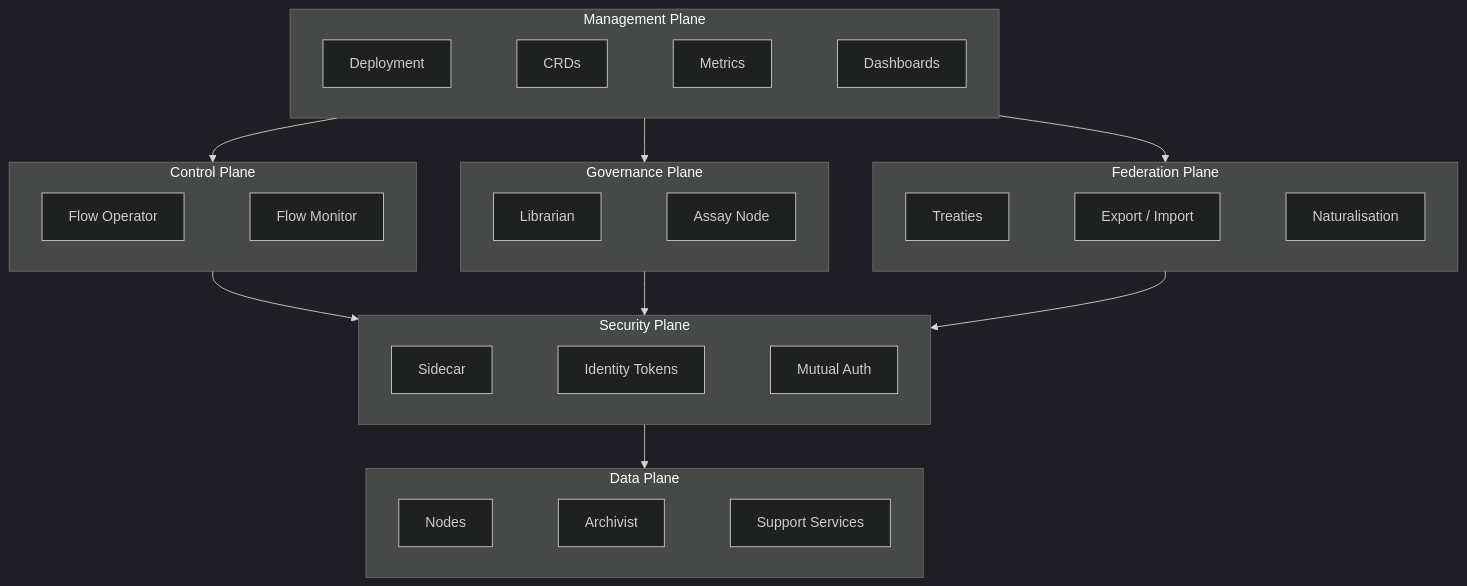
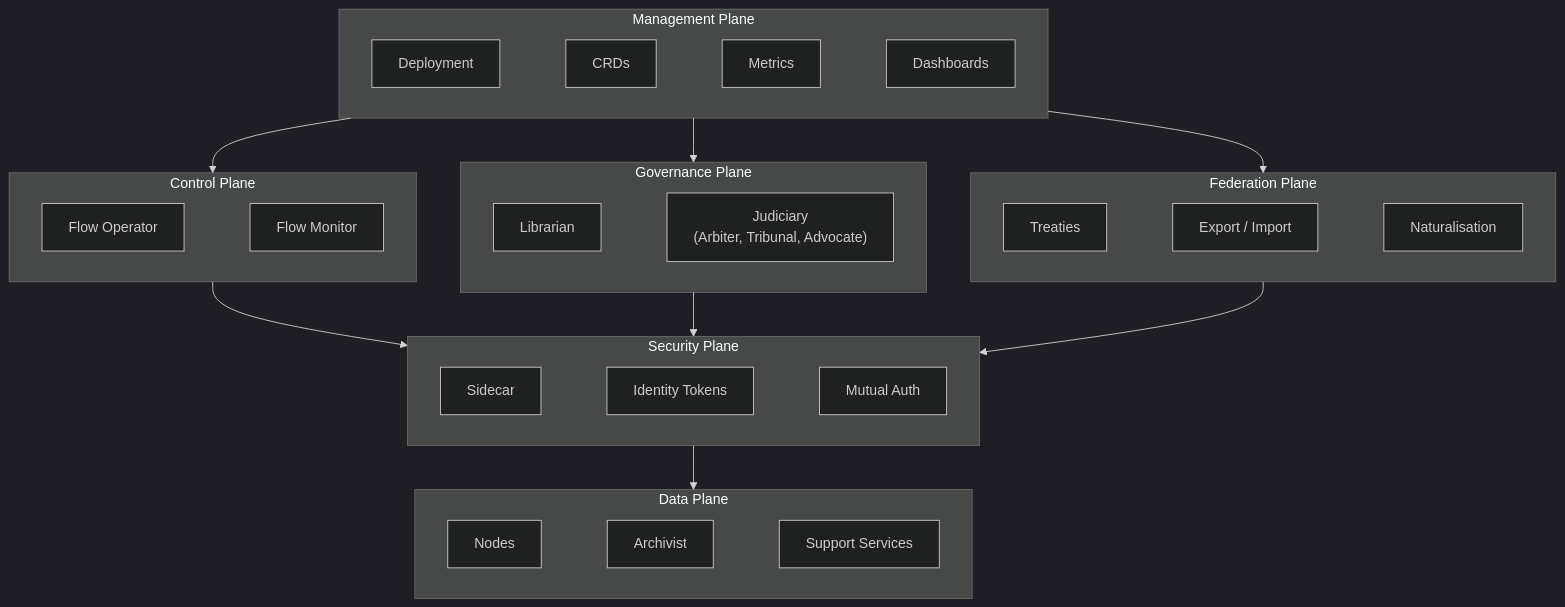
The diagram in specs/01-concepts/01-architecture.md (really-knows-ai/gideas), drawn with Mermaid (dark theme) before and after one commit. The commit also changed other lines of this file and 34 other files, not shown here.

First line of the commit message:
refactor: decompose Assay into Judiciary subsystem (Arbiter, Tribunal, Advocate, Jury, Clerk)

````diff
--- a/specs/01-concepts/01-architecture.md
+++ b/specs/01-concepts/01-architecture.md
@@ -9,42 +9,42 @@
 ```mermaid
 flowchart TD
     subgraph mgmt["Management Plane"]
         direction LR
         Deployment ~~~ CRDs ~~~ Metrics ~~~ Dashboards
     end
 
     subgraph ctrl["Control Plane"]
         direction LR
         Operator[Flow Operator] ~~~ Monitor[Flow Monitor]
     end
 
     subgraph gov["Governance Plane"]
         direction LR
-        Librarian ~~~ Assay[Assay Node]
+        Librarian ~~~ Judiciary["Judiciary<br/>(Arbiter, Tribunal, Advocate)"]
     end
 
     subgraph fed["Federation Plane"]
         direction LR
         Treaties ~~~ Export[Export / Import] ~~~ Nat[Naturalisation]
     end
 
     subgraph sec["Security Plane"]
         direction LR
         Sidecar ~~~ Tokens[Identity Tokens] ~~~ MutualAuth[Mutual Auth]
     end
 
     subgraph data["Data Plane"]
         direction LR
         Nodes ~~~ Archivist ~~~ SupportSvc["Support Services"]
     end
 
     mgmt --> ctrl
     mgmt --> gov
     mgmt --> fed
 
     ctrl --> sec
     gov --> sec
     fed --> sec
 
     sec --> data
 ```
````
